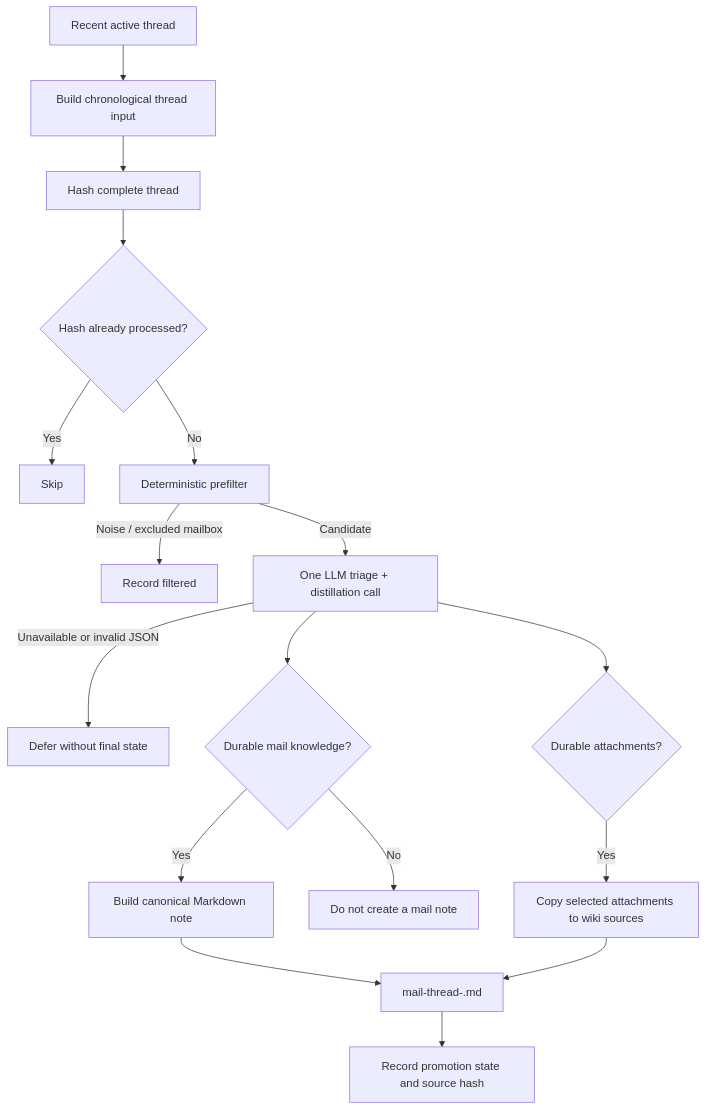
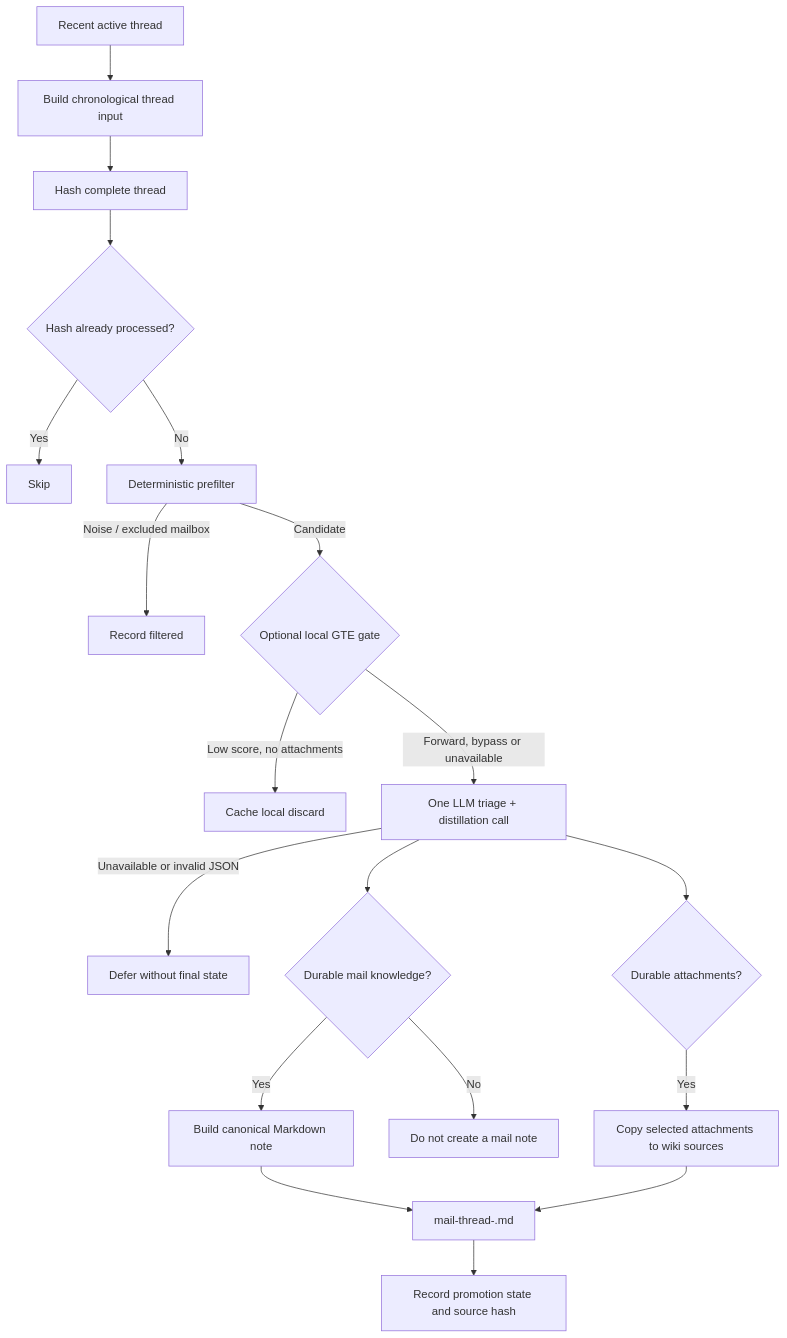
One commit to iFralex/Steward changed the seventh of 15 diagrams in README.md. Above: the diagram before and after it, drawn with Mermaid. The commit also changed other lines of this file and 4 other files, not shown here.

````diff
--- a/README.md
+++ b/README.md
@@ -918,19 +918,21 @@
 ```mermaid
 flowchart TD
     A[Recent active thread] --> B[Build chronological thread input]
     B --> C[Hash complete thread]
     C --> D{Hash already processed?}
     D -->|Yes| Z[Skip]
     D -->|No| E[Deterministic prefilter]
     E -->|Noise / excluded mailbox| F[Record filtered]
-    E -->|Candidate| G[One LLM triage + distillation call]
+    E -->|Candidate| P{Optional local GTE gate}
+    P -->|Low score, no attachments| Q[Cache local discard]
+    P -->|Forward, bypass or unavailable| G[One LLM triage + distillation call]
     G -->|Unavailable or invalid JSON| H[Defer without final state]
     G --> I{Durable mail knowledge?}
     I -->|Yes| J[Build canonical Markdown note]
     I -->|No| K[Do not create a mail note]
     G --> L{Durable attachments?}
     L -->|Yes| M[Copy selected attachments to wiki sources]
     J --> N["mail-thread-<id>.md"]
     M --> N
     N --> O[Record promotion state and source hash]
 ```
````
